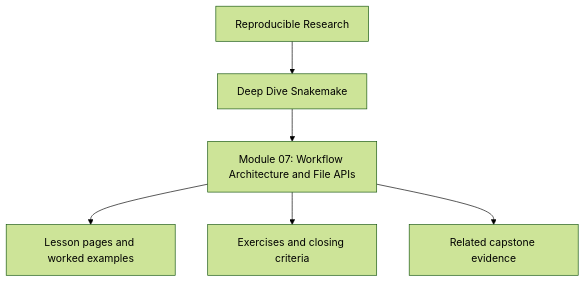
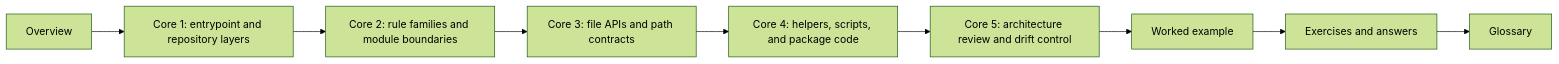
The diagram in programs/reproducible-research/deep-dive-snakemake/course-book/module-07-workflow-architecture-file-apis/index.md (bijux/bijux-masterclass), drawn with Mermaid (forest theme) before and after one commit. The commit also changed other lines of this file, not shown here.

Commit message:
docs(snakemake-course): reshape module 07 overview around repository architecture

````diff
--- a/programs/reproducible-research/deep-dive-snakemake/course-book/module-07-workflow-architecture-file-apis/index.md
+++ b/programs/reproducible-research/deep-dive-snakemake/course-book/module-07-workflow-architecture-file-apis/index.md
@@ -9,8 +47,11 @@
 ```mermaid
-flowchart TD
-  family["Reproducible Research"] --> program["Deep Dive Snakemake"]
-  program --> module["Module 07: Workflow Architecture and File APIs"]
-  module --> lessons["Lesson pages and worked examples"]
-  module --> checkpoints["Exercises and closing criteria"]
-  module --> capstone["Related capstone evidence"]
+flowchart LR
+  overview["Overview"] --> core1["Core 1: entrypoint and repository layers"]
+  core1 --> core2["Core 2: rule families and module boundaries"]
+  core2 --> core3["Core 3: file APIs and path contracts"]
+  core3 --> core4["Core 4: helpers, scripts, and package code"]
+  core4 --> core5["Core 5: architecture review and drift control"]
+  core5 --> example["Worked example"]
+  example --> practice["Exercises and answers"]
+  practice --> glossary["Glossary"]
 ```
````
